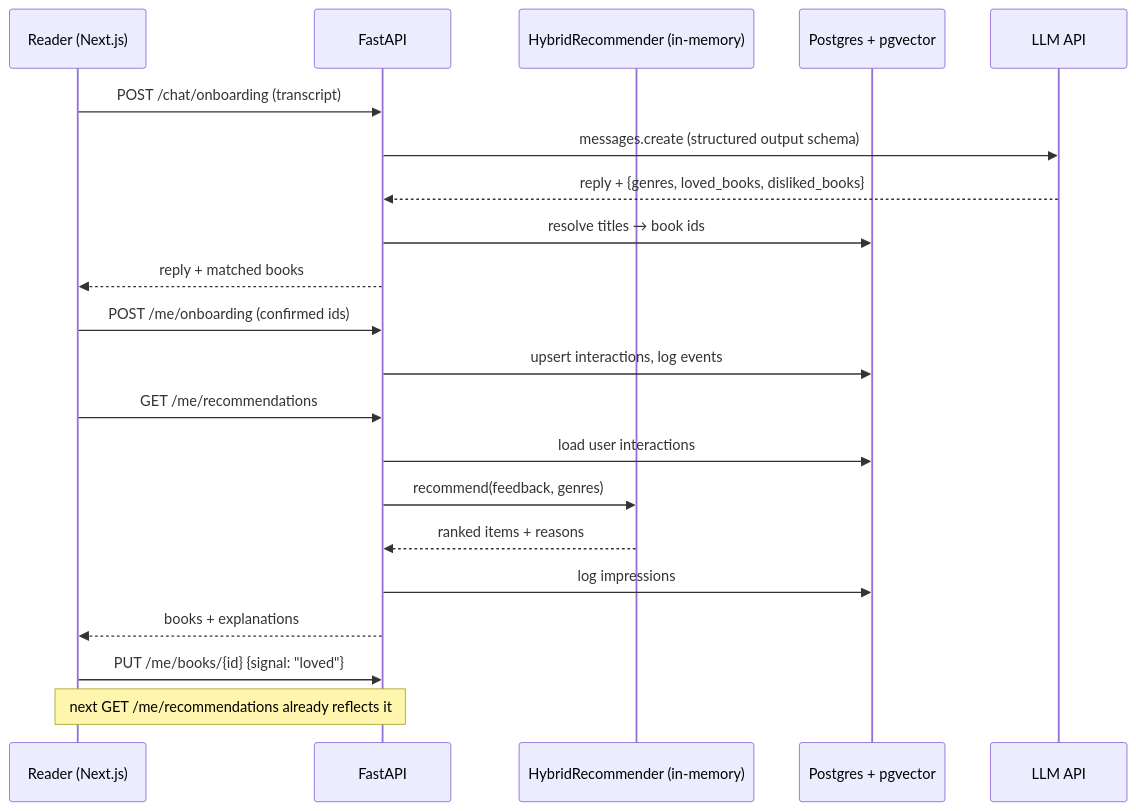
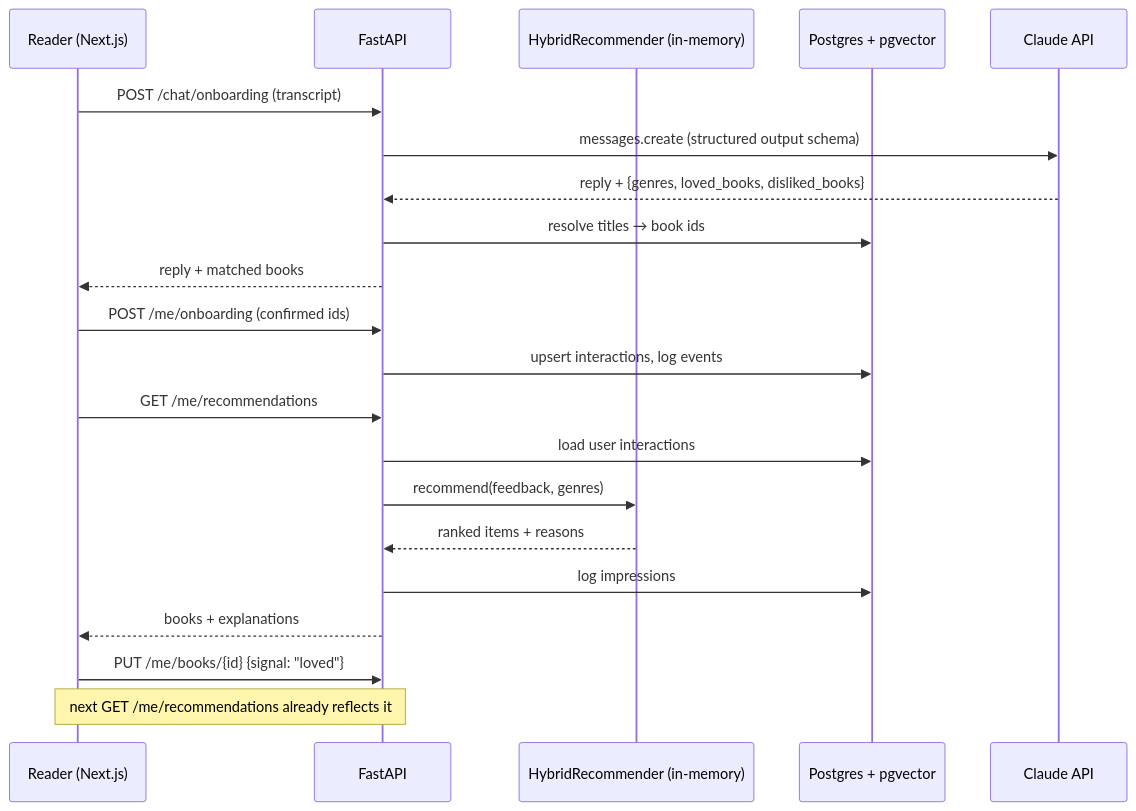
The first of 2 diagrams in docs/ARCHITECTURE.md (basharfkhan/alexandria), drawn with Mermaid before and after one commit. The commit also changed 3 other files, not shown here.

Commit message:
Credit the Claude API as the chat librarian's model

````diff
--- a/docs/ARCHITECTURE.md
+++ b/docs/ARCHITECTURE.md
@@ -5,24 +5,24 @@
 ```mermaid
 sequenceDiagram
     participant U as Reader (Next.js)
     participant A as FastAPI
     participant R as HybridRecommender (in-memory)
     participant DB as Postgres + pgvector
-    participant C as LLM API
+    participant C as Claude API
 
     U->>A: POST /chat/onboarding (transcript)
     A->>C: messages.create (structured output schema)
     C-->>A: reply + {genres, loved_books, disliked_books}
     A->>DB: resolve titles → book ids
     A-->>U: reply + matched books
     U->>A: POST /me/onboarding (confirmed ids)
     A->>DB: upsert interactions, log events
     U->>A: GET /me/recommendations
     A->>DB: load user interactions
     A->>R: recommend(feedback, genres)
     R-->>A: ranked items + reasons
     A->>DB: log impressions
     A-->>U: books + explanations
     U->>A: PUT /me/books/{id} {signal: "loved"}
     Note over U,A: next GET /me/recommendations already reflects it
 ```
````
